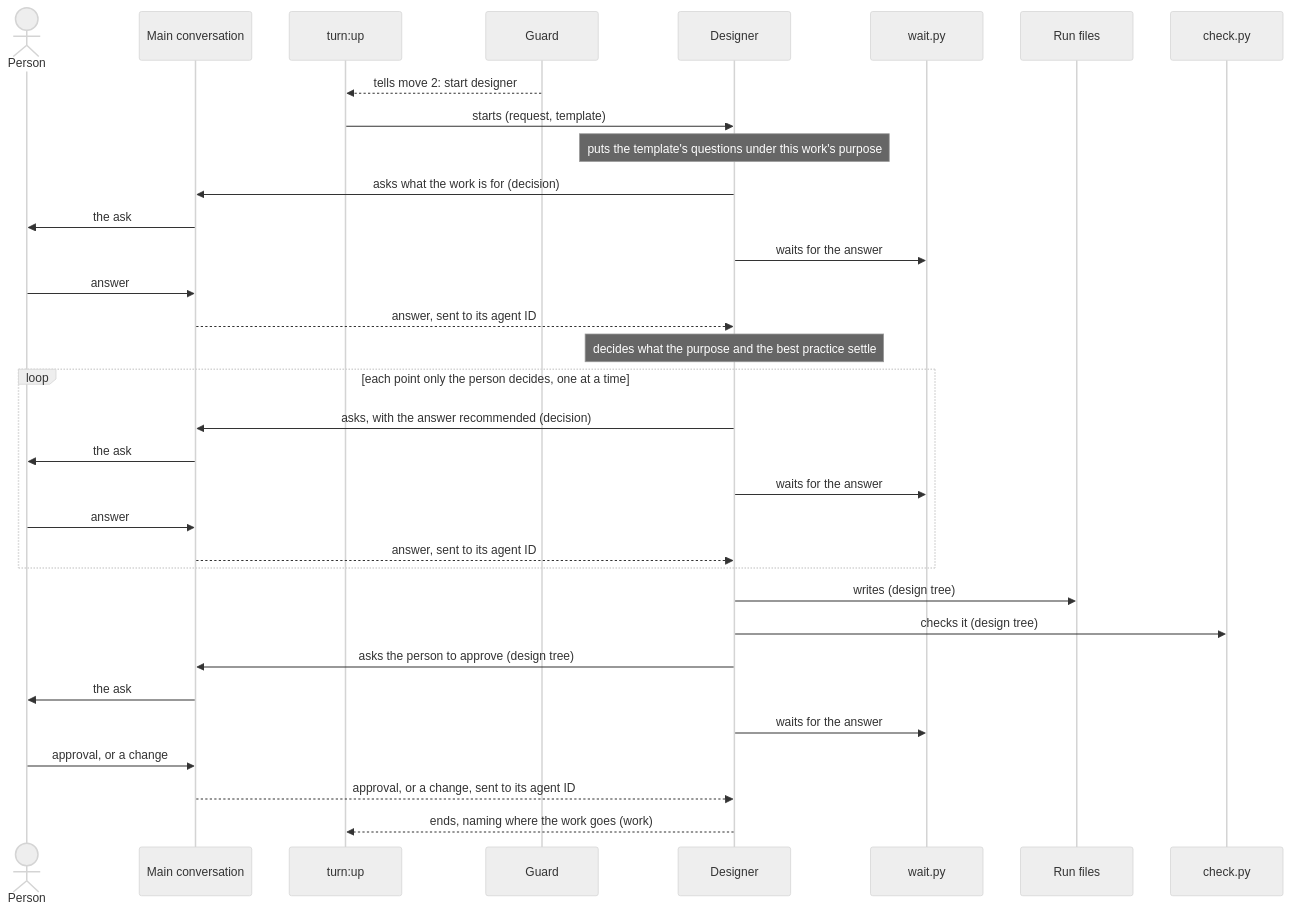
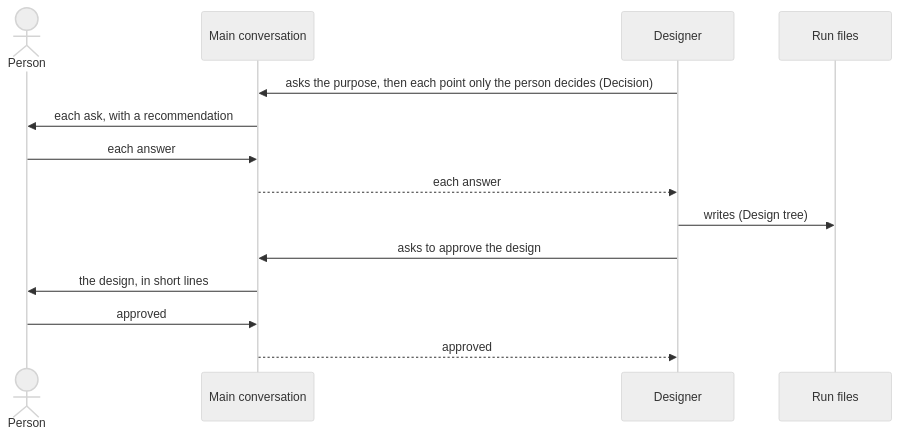
Before and after one commit to lovaizu/ccpm: the third of 5 diagrams in dev/turn/architecture.md, drawn with Mermaid (neutral theme). The commit also changed other lines of this file and 1 other file, not shown here.

First line of the commit message:
turn's architecture rewritten from its design tree on the architecture template alone

````diff
--- a/dev/turn/architecture.md
+++ b/dev/turn/architecture.md
@@ -372,35 +202,16 @@
 ```mermaid
 sequenceDiagram
   actor P as Person
   participant M as Main conversation
-  participant U as turn:up
-  participant G as Guard
   participant D as Designer
-  participant WT as wait.py
   participant R as Run files
-  participant C as check.py
-  G-->>U: tells move 2: start designer
-  U->>D: starts (request, template)
-  Note over D: puts the template's questions under this work's purpose
-  D->>M: asks what the work is for (decision)
-  M->>P: the ask
-  D->>WT: waits for the answer
-  P->>M: answer
-  M-->>D: answer, sent to its agent ID
-  Note over D: decides what the purpose and the best practice settle
-  loop each point only the person decides, one at a time
-    D->>M: asks, with the answer recommended (decision)
-    M->>P: the ask
-    D->>WT: waits for the answer
-    P->>M: answer
-    M-->>D: answer, sent to its agent ID
-  end
-  D->>R: writes (design tree)
-  D->>C: checks it (design tree)
-  D->>M: asks the person to approve (design tree)
-  M->>P: the ask
-  D->>WT: waits for the answer
-  P->>M: approval, or a change
-  M-->>D: approval, or a change, sent to its agent ID
-  D-->>U: ends, naming where the work goes (work)
+  D->>M: asks the purpose, then each point only the person decides (Decision)
+  M->>P: each ask, with a recommendation
+  P->>M: each answer
+  M-->>D: each answer
+  D->>R: writes (Design tree)
+  D->>M: asks to approve the design
+  M->>P: the design, in short lines
+  P->>M: approved
+  M-->>D: approved
 ```
````
